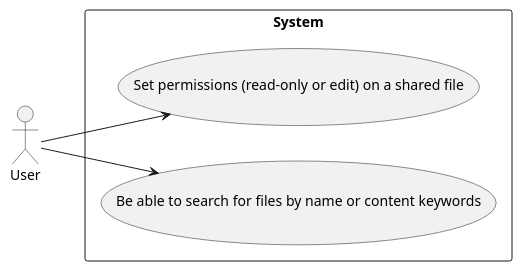
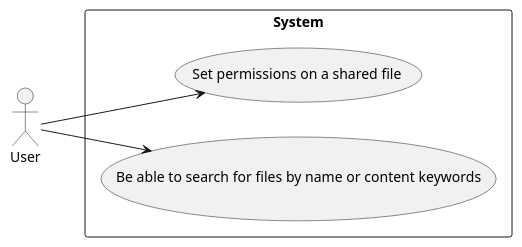
The diagram in user_stories/golden_puml/use_case/use_case_test_Cloud_Storage_Advanced.puml (qamaruddin-qureshi/fyp-uml-diagram-generator), drawn with PlantUML before and after one commit. The commit also changed 6 other files, not shown here.

First line of the commit message:
fix: refined Use Case diagram extraction logic

```diff
--- a/user_stories/golden_puml/use_case/use_case_test_Cloud_Storage_Advanced.puml
+++ b/user_stories/golden_puml/use_case/use_case_test_Cloud_Storage_Advanced.puml
@@ -1,10 +1,10 @@
 @startuml
 left to right direction
 actor "User" as User
 rectangle System {
-usecase "Set permissions (read-only or edit) on a shared file" as Setpermissionsreadonlyoreditonasharedfile
+usecase "Set permissions on a shared file" as Setpermissionsonasharedfile
 usecase "Be able to search for files by name or content keywords" as Beabletosearchforfilesbynameorcontentkeywords
 }
-User --> Setpermissionsreadonlyoreditonasharedfile
+User --> Setpermissionsonasharedfile
 User --> Beabletosearchforfilesbynameorcontentkeywords
 @enduml
```
